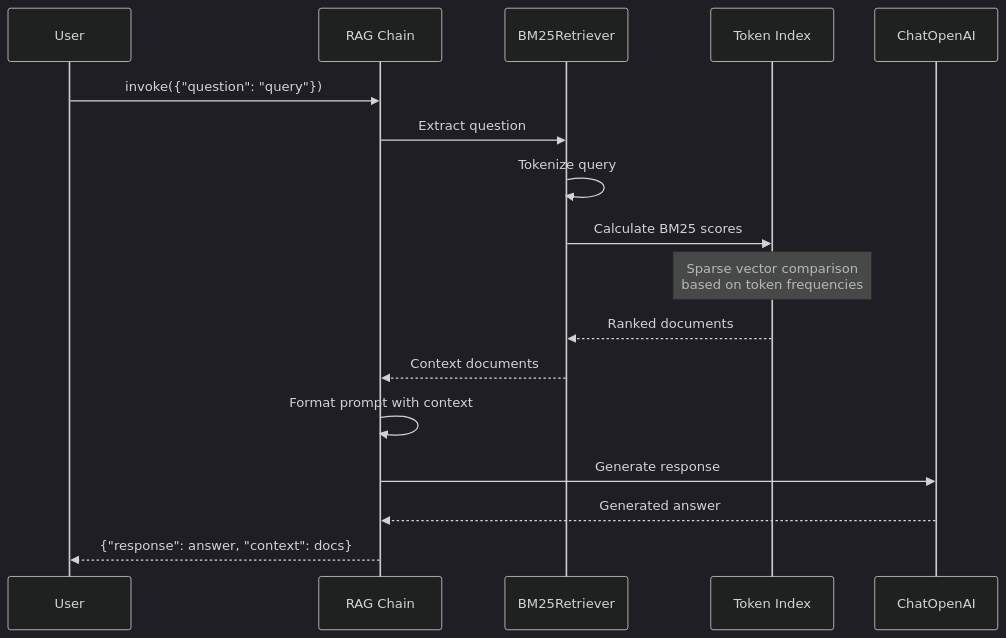
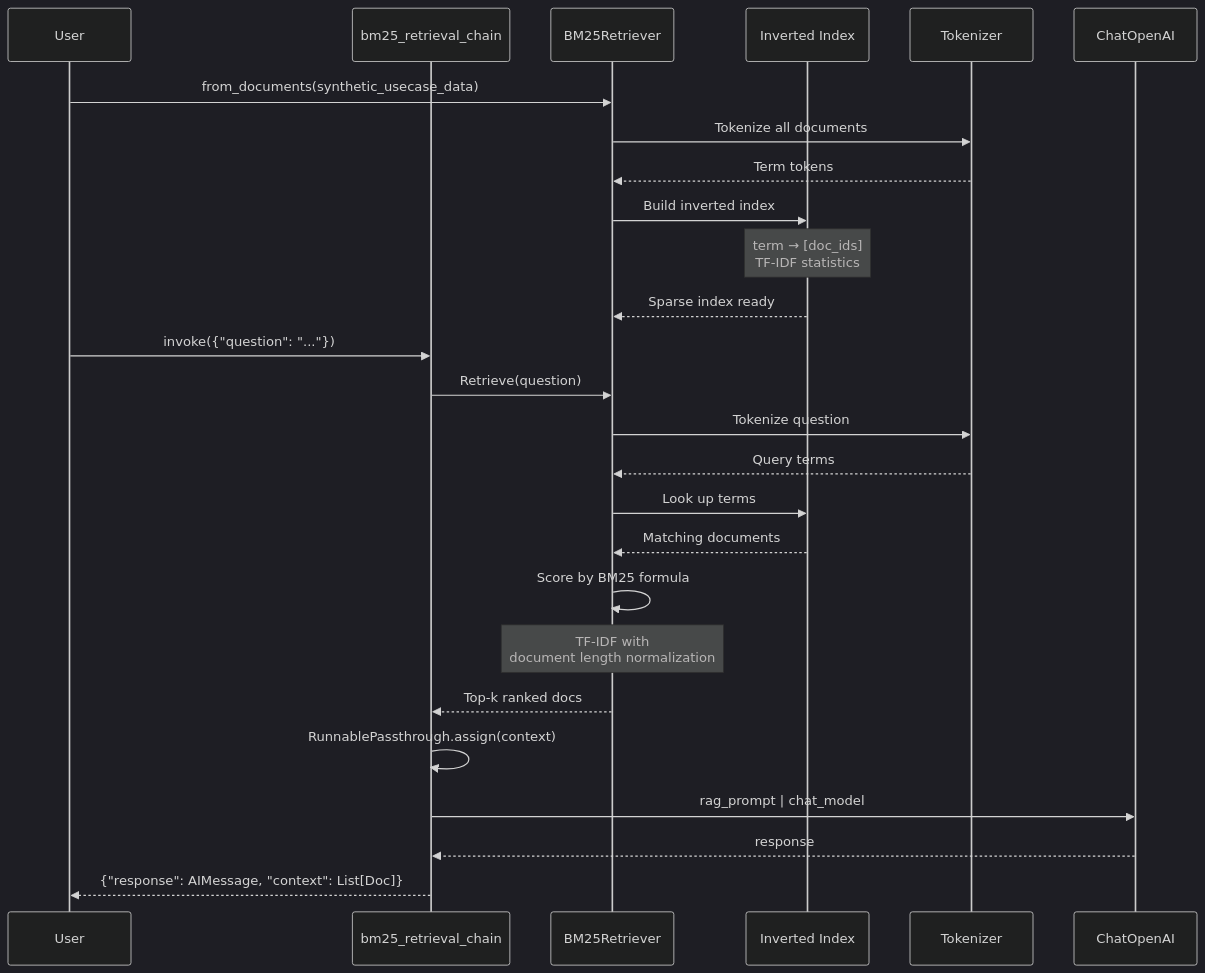
Before and after one commit to don-aie-cohort8/aie8-s09-adv-retrieval: the fifth of 12 diagrams in architecture/docs/03_data_flows.md, drawn with Mermaid (dark theme). The commit also changed other lines of this file and 11 other files, not shown here.

````diff
--- a/architecture/docs/03_data_flows.md
+++ b/architecture/docs/03_data_flows.md
@@ -129,20 +254,31 @@
 ```mermaid
 sequenceDiagram
     participant User
-    participant Chain as RAG Chain
-    participant BM25Retriever
-    participant TokenIndex as Token Index
+    participant Chain as bm25_retrieval_chain
+    participant BM25 as BM25Retriever
+    participant Index as Inverted Index
+    participant Tok as Tokenizer
     participant LLM as ChatOpenAI
 
-    User->>Chain: invoke({"question": "query"})
-    Chain->>BM25Retriever: Extract question
-    BM25Retriever->>BM25Retriever: Tokenize query
-    BM25Retriever->>TokenIndex: Calculate BM25 scores
-    Note over TokenIndex: Sparse vector comparison<br/>based on token frequencies
-    TokenIndex-->>BM25Retriever: Ranked documents
-    BM25Retriever-->>Chain: Context documents
-    Chain->>Chain: Format prompt with context
-    Chain->>LLM: Generate response
-    LLM-->>Chain: Generated answer
-    Chain-->>User: {"response": answer, "context": docs}
+    User->>BM25: from_documents(synthetic_usecase_data)
+    BM25->>Tok: Tokenize all documents
+    Tok-->>BM25: Term tokens
+    BM25->>Index: Build inverted index
+    Note over Index: term → [doc_ids]<br/>TF-IDF statistics
+    Index-->>BM25: Sparse index ready
+
+    User->>Chain: invoke({"question": "..."})
+    Chain->>BM25: Retrieve(question)
+    BM25->>Tok: Tokenize question
+    Tok-->>BM25: Query terms
+    BM25->>Index: Look up terms
+    Index-->>BM25: Matching documents
+    BM25->>BM25: Score by BM25 formula
+    Note over BM25: TF-IDF with<br/>document length normalization
+    BM25-->>Chain: Top-k ranked docs
+
+    Chain->>Chain: RunnablePassthrough.assign(context)
+    Chain->>LLM: rag_prompt | chat_model
+    LLM-->>Chain: response
+    Chain-->>User: {"response": AIMessage, "context": List[Doc]}
 ```
````
